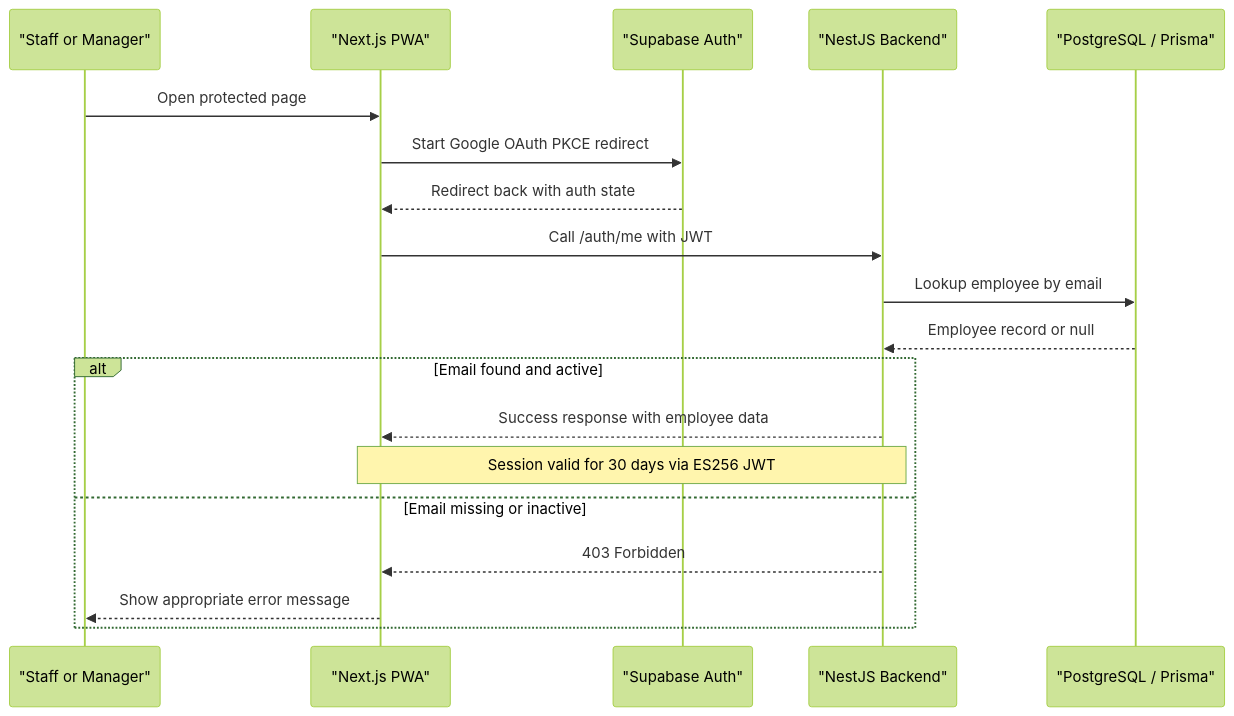
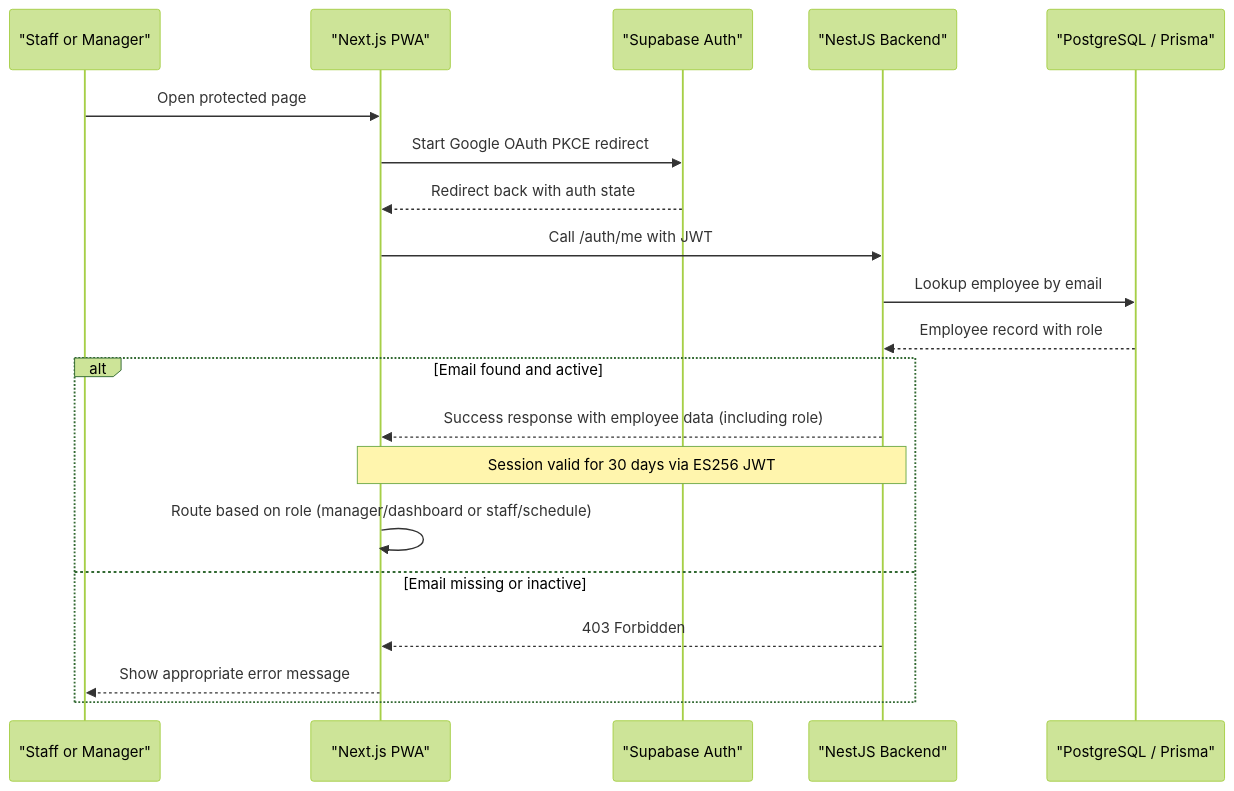
One commit to epo33m/scheduling changed the second of 4 diagrams in .qoder/repowiki/en/content/Product Requirements Document/Functional Specifications/Authentication Module (F1).md. Above: the diagram before and after it, drawn with Mermaid (forest theme). The commit also changed other lines of this file and 101 other files, not shown here.

````diff
--- a/.qoder/repowiki/en/content/Product Requirements Document/Functional Specifications/Authentication Module (F1).md
+++ b/.qoder/repowiki/en/content/Product Requirements Document/Functional Specifications/Authentication Module (F1).md
@@ -119,21 +130,22 @@
 ```mermaid
 sequenceDiagram
 participant User as "Staff or Manager"
 participant Web as "Next.js PWA"
 participant Supabase as "Supabase Auth"
 participant API as "NestJS Backend"
 participant DB as "PostgreSQL / Prisma"
 User->>Web : Open protected page
 Web->>Supabase : Start Google OAuth PKCE redirect
 Supabase-->>Web : Redirect back with auth state
 Web->>API : Call /auth/me with JWT
 API->>DB : Lookup employee by email
-DB-->>API : Employee record or null
+DB-->>API : Employee record with role
 alt Email found and active
-API-->>Web : Success response with employee data
+API-->>Web : Success response with employee data (including role)
 Note over Web,API : Session valid for 30 days via ES256 JWT
+Web->>Web : Route based on role (manager/dashboard or staff/schedule)
 else Email missing or inactive
 API-->>Web : 403 Forbidden
 Web-->>User : Show appropriate error message
 end
 ```
````
